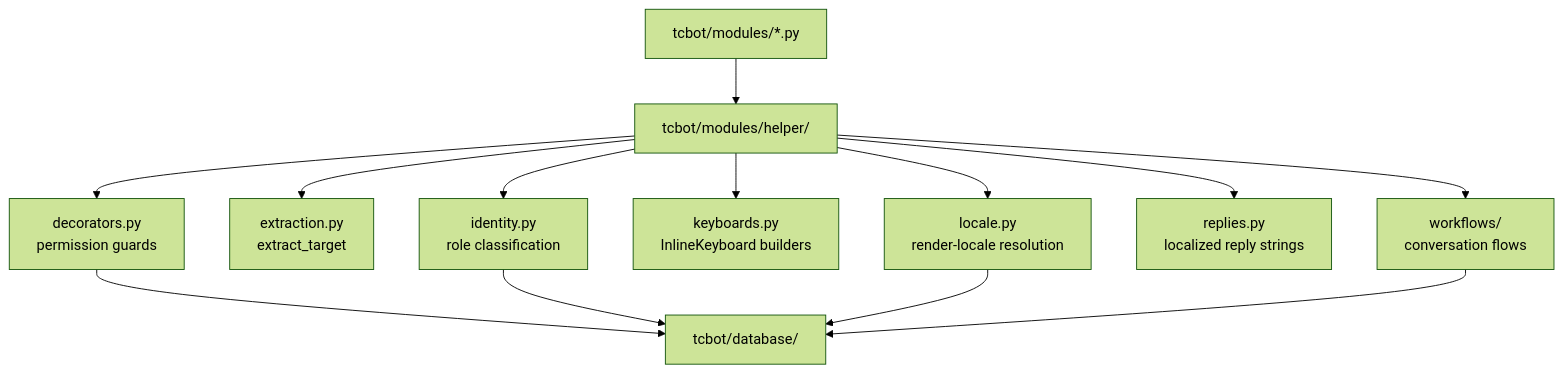
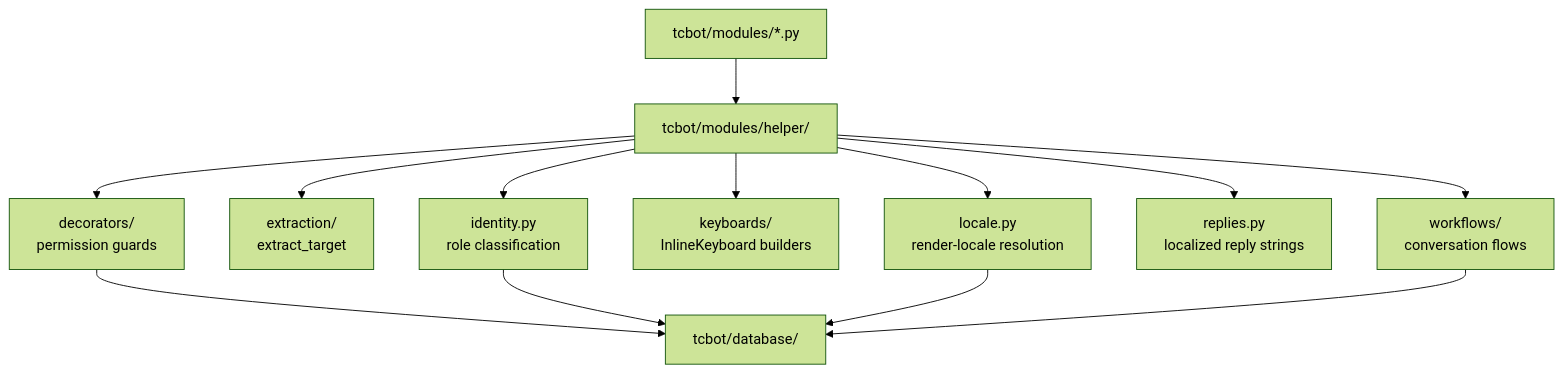
The diagram in docs/architecture/helpers.md (D1ZZY4/tcbot), drawn with Mermaid (forest theme) before and after one commit. The commit also changed other lines of this file and 29 other files, not shown here.

````diff
--- a/docs/architecture/helpers.md
+++ b/docs/architecture/helpers.md
@@ -9,15 +9,15 @@
 ```mermaid
 flowchart TD
     Modules[tcbot/modules/*.py] --> Helper[tcbot/modules/helper/]
-    Helper --> Decorators[decorators.py<br/>permission guards]
-    Helper --> Extraction[extraction.py<br/>extract_target]
+    Helper --> Decorators[decorators/<br/>permission guards]
+    Helper --> Extraction[extraction/<br/>extract_target]
     Helper --> Identity[identity.py<br/>role classification]
-    Helper --> Keyboards[keyboards.py<br/>InlineKeyboard builders]
+    Helper --> Keyboards[keyboards/<br/>InlineKeyboard builders]
     Helper --> Locale[locale.py<br/>render-locale resolution]
     Helper --> Replies[replies.py<br/>localized reply strings]
     Helper --> Workflows[workflows/<br/>conversation flows]
     Decorators --> DB[tcbot/database/]
     Identity --> DB
     Locale --> DB
     Workflows --> DB
 ```
````
